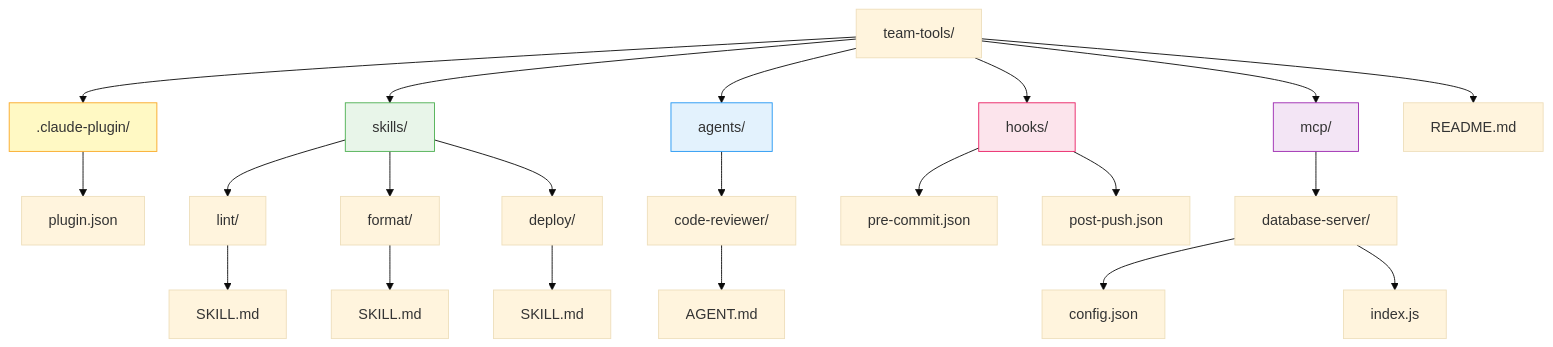
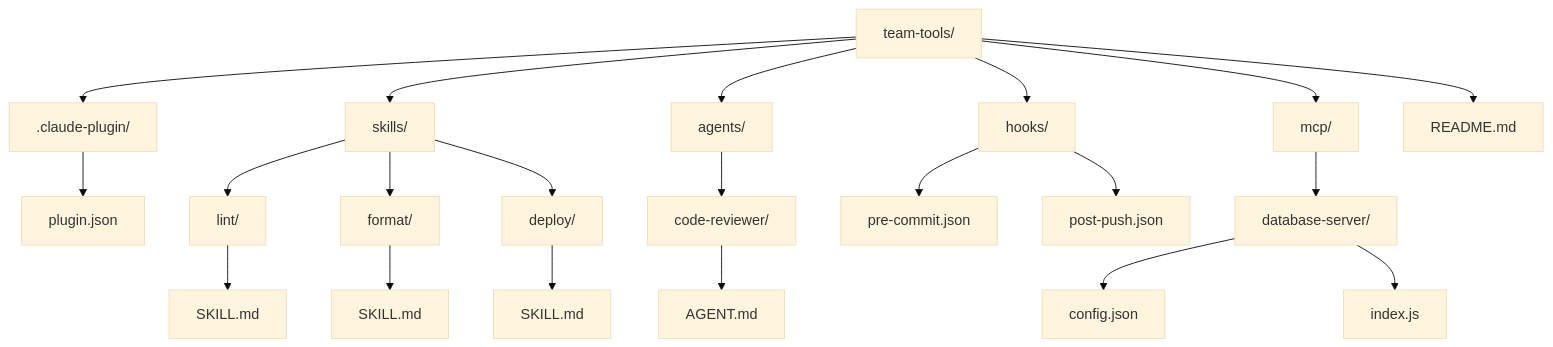
The second of 4 diagrams in 12-skills-ve-pluginler/03-plugin-sistemi.md (IzzetYasinAtes/ClaudeCodeHandbook), drawn with Mermaid (base theme) before and after one commit. The commit also changed other lines of this file and 97 other files, not shown here.

Commit message:
Remove all custom Mermaid style/fill colors from 98 markdown files for consistent dark theme rendering

````diff
--- a/12-skills-ve-pluginler/03-plugin-sistemi.md
+++ b/12-skills-ve-pluginler/03-plugin-sistemi.md
@@ -107,34 +105,29 @@
 ```mermaid
 flowchart TD
     ROOT["team-tools/"] --> MANIFEST_DIR[".claude-plugin/"]
     ROOT --> SKILLS_DIR["skills/"]
     ROOT --> AGENTS_DIR["agents/"]
     ROOT --> HOOKS_DIR["hooks/"]
     ROOT --> MCP_DIR["mcp/"]
     ROOT --> README["README.md"]
 
     MANIFEST_DIR --> MANIFEST["plugin.json"]
 
     SKILLS_DIR --> S_LINT["lint/"]
     SKILLS_DIR --> S_FORMAT["format/"]
     SKILLS_DIR --> S_DEPLOY["deploy/"]
     S_LINT --> S_LINT_F["SKILL.md"]
     S_FORMAT --> S_FORMAT_F["SKILL.md"]
     S_DEPLOY --> S_DEPLOY_F["SKILL.md"]
 
     AGENTS_DIR --> A_REVIEW["code-reviewer/"]
     A_REVIEW --> A_REVIEW_F["AGENT.md"]
 
     HOOKS_DIR --> H_PRE["pre-commit.json"]
     HOOKS_DIR --> H_POST["post-push.json"]
 
     MCP_DIR --> M_DB["database-server/"]
     M_DB --> M_DB_CFG["config.json"]
     M_DB --> M_DB_SRC["index.js"]
 
-    style MANIFEST_DIR fill:#fff9c4,stroke:#f9a825
-    style SKILLS_DIR fill:#e8f5e9,stroke:#4caf50
-    style AGENTS_DIR fill:#e3f2fd,stroke:#2196f3
-    style HOOKS_DIR fill:#fce4ec,stroke:#e91e63
-    style MCP_DIR fill:#f3e5f5,stroke:#9c27b0
 ```
````
